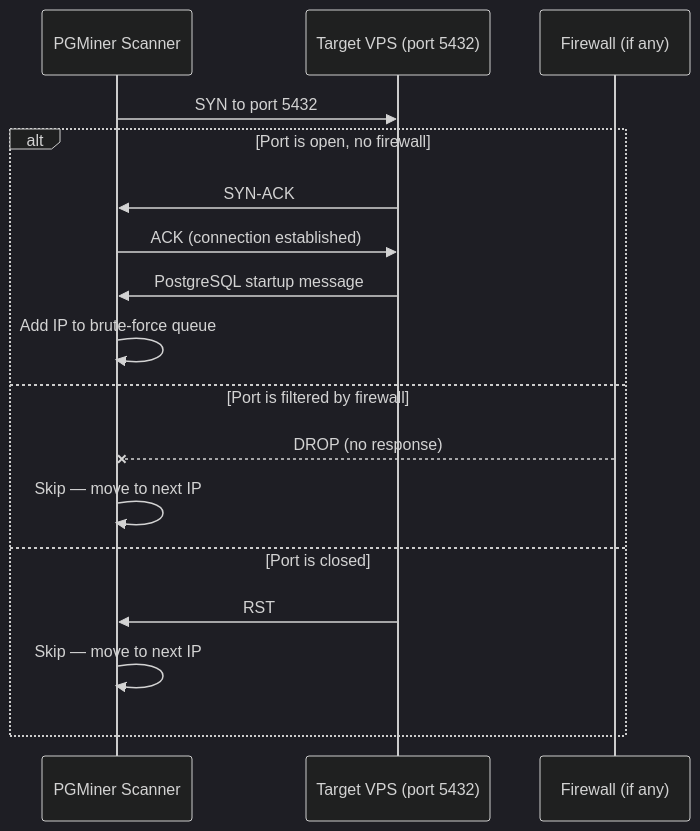
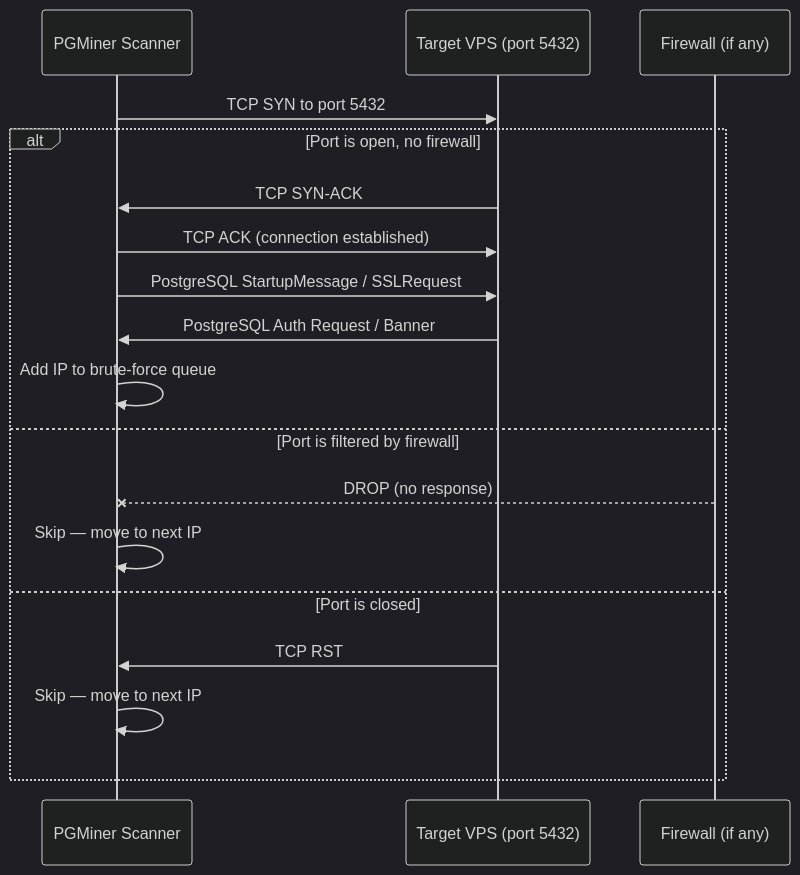
One commit to nvkhuy/nvkhuy.github.io changed the fifth of 15 diagrams in src/content/blog/2026-09-01-pg-miner-attack.md. Above: the diagram before and after it, drawn with Mermaid (dark theme). The commit also changed other lines of this file, not shown here.

````diff
--- a/src/content/blog/2026-09-01-pg-miner-attack.md
+++ b/src/content/blog/2026-09-01-pg-miner-attack.md
@@ -178,20 +178,21 @@
 ```mermaid
 sequenceDiagram
     participant Scanner as PGMiner Scanner
     participant Target as Target VPS (port 5432)
     participant FW as Firewall (if any)
 
-    Scanner->>Target: SYN to port 5432
+    Scanner->>Target: TCP SYN to port 5432
     alt Port is open, no firewall
-        Target->>Scanner: SYN-ACK
-        Scanner->>Target: ACK (connection established)
-        Target->>Scanner: PostgreSQL startup message
+        Target->>Scanner: TCP SYN-ACK
+        Scanner->>Target: TCP ACK (connection established)
+        Scanner->>Target: PostgreSQL StartupMessage / SSLRequest
+        Target->>Scanner: PostgreSQL Auth Request / Banner
         Scanner->>Scanner: Add IP to brute-force queue
     else Port is filtered by firewall
         FW--xScanner: DROP (no response)
         Scanner->>Scanner: Skip — move to next IP
     else Port is closed
-        Target->>Scanner: RST
+        Target->>Scanner: TCP RST
         Scanner->>Scanner: Skip — move to next IP
     end
 ```
````
